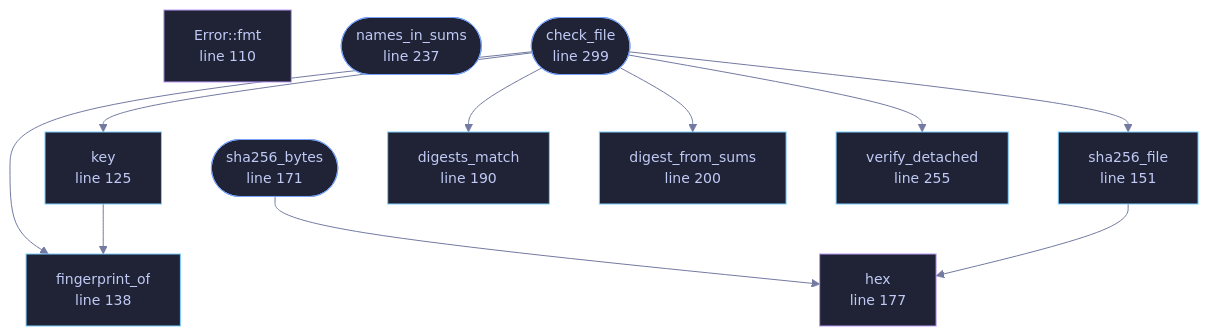
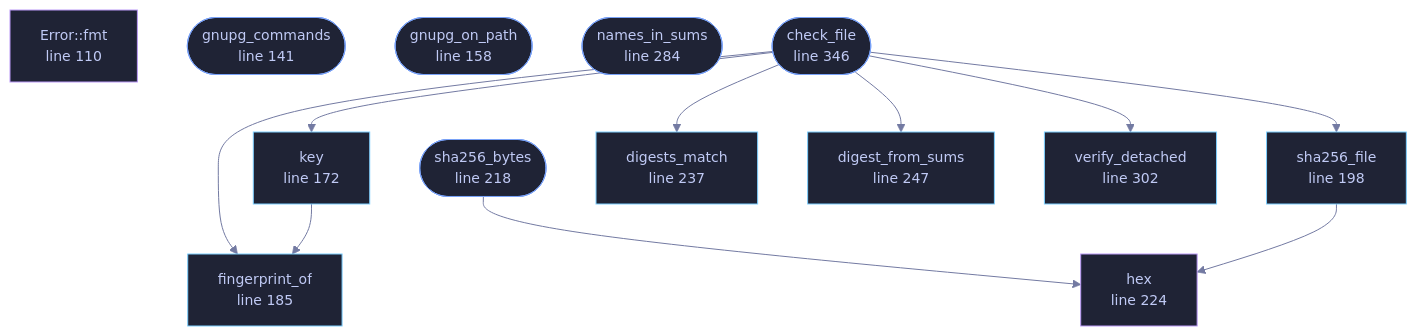
The diagram in docs/files/veilvoice-check/lib.md (tilas01/veilvoice), drawn with Mermaid before and after one commit. The commit also changed other lines of this file and 40 other files, not shown here.

First line of the commit message:
gui: roadmap item 90, the GnuPG commands where the question is being asked

````diff
--- a/docs/files/veilvoice-check/lib.md
+++ b/docs/files/veilvoice-check/lib.md
@@ -112,41 +114,45 @@
 ```mermaid
 %%{init: {"theme":"base","themeVariables":{"background":"#1a1b26","primaryColor":"#1f2335","primaryTextColor":"#c0caf5","primaryBorderColor":"#7aa2f7","secondaryColor":"#16161e","tertiaryColor":"#16161e","lineColor":"#737aa2","textColor":"#c0caf5","mainBkg":"#1f2335","nodeBorder":"#7aa2f7","clusterBkg":"#16161e","clusterBorder":"#2f3549","fontFamily":"ui-monospace, SFMono-Regular, Consolas, monospace","fontSize":"14px"}}}%%
 flowchart TD
     n_fmt["Error::fmt<br/>line 110"]
-    n_key["key<br/>line 125"]
-    n_fingerprint_of["fingerprint_of<br/>line 138"]
-    n_sha256_file["sha256_file<br/>line 151"]
-    n_sha256_bytes(["sha256_bytes<br/>line 171"])
-    n_hex["hex<br/>line 177"]
-    n_digests_match["digests_match<br/>line 190"]
-    n_digest_from_sums["digest_from_sums<br/>line 200"]
-    n_names_in_sums(["names_in_sums<br/>line 237"])
-    n_verify_detached["verify_detached<br/>line 255"]
-    n_check_file(["check_file<br/>line 299"])
+    n_gnupg_commands(["gnupg_commands<br/>line 141"])
+    n_gnupg_on_path(["gnupg_on_path<br/>line 158"])
+    n_key["key<br/>line 172"]
+    n_fingerprint_of["fingerprint_of<br/>line 185"]
+    n_sha256_file["sha256_file<br/>line 198"]
+    n_sha256_bytes(["sha256_bytes<br/>line 218"])
+    n_hex["hex<br/>line 224"]
+    n_digests_match["digests_match<br/>line 237"]
+    n_digest_from_sums["digest_from_sums<br/>line 247"]
+    n_names_in_sums(["names_in_sums<br/>line 284"])
+    n_verify_detached["verify_detached<br/>line 302"]
+    n_check_file(["check_file<br/>line 346"])
     n_check_file --> n_digest_from_sums
     n_check_file --> n_digests_match
     n_check_file --> n_fingerprint_of
     n_check_file --> n_key
     n_check_file --> n_sha256_file
     n_check_file --> n_verify_detached
     n_key --> n_fingerprint_of
     n_sha256_bytes --> n_hex
     n_sha256_file --> n_hex
     click n_fmt href "https://github.com/tilas01/veilvoice/blob/main/crates/veilvoice-check/src/lib.rs#L110" "open the source"
-    click n_key href "https://github.com/tilas01/veilvoice/blob/main/crates/veilvoice-check/src/lib.rs#L125" "open the source"
-    click n_fingerprint_of href "https://github.com/tilas01/veilvoice/blob/main/crates/veilvoice-check/src/lib.rs#L138" "open the source"
-    click n_sha256_file href "https://github.com/tilas01/veilvoice/blob/main/crates/veilvoice-check/src/lib.rs#L151" "open the source"
-    click n_sha256_bytes href "https://github.com/tilas01/veilvoice/blob/main/crates/veilvoice-check/src/lib.rs#L171" "open the source"
-    click n_hex href "https://github.com/tilas01/veilvoice/blob/main/crates/veilvoice-check/src/lib.rs#L177" "open the source"
-    click n_digests_match href "https://github.com/tilas01/veilvoice/blob/main/crates/veilvoice-check/src/lib.rs#L190" "open the source"
-    click n_digest_from_sums href "https://github.com/tilas01/veilvoice/blob/main/crates/veilvoice-check/src/lib.rs#L200" "open the source"
-    click n_names_in_sums href "https://github.com/tilas01/veilvoice/blob/main/crates/veilvoice-check/src/lib.rs#L237" "open the source"
-    click n_verify_detached href "https://github.com/tilas01/veilvoice/blob/main/crates/veilvoice-check/src/lib.rs#L255" "open the source"
-    click n_check_file href "https://github.com/tilas01/veilvoice/blob/main/crates/veilvoice-check/src/lib.rs#L299" "open the source"
+    click n_gnupg_commands href "https://github.com/tilas01/veilvoice/blob/main/crates/veilvoice-check/src/lib.rs#L141" "open the source"
+    click n_gnupg_on_path href "https://github.com/tilas01/veilvoice/blob/main/crates/veilvoice-check/src/lib.rs#L158" "open the source"
+    click n_key href "https://github.com/tilas01/veilvoice/blob/main/crates/veilvoice-check/src/lib.rs#L172" "open the source"
+    click n_fingerprint_of href "https://github.com/tilas01/veilvoice/blob/main/crates/veilvoice-check/src/lib.rs#L185" "open the source"
+    click n_sha256_file href "https://github.com/tilas01/veilvoice/blob/main/crates/veilvoice-check/src/lib.rs#L198" "open the source"
+    click n_sha256_bytes href "https://github.com/tilas01/veilvoice/blob/main/crates/veilvoice-check/src/lib.rs#L218" "open the source"
+    click n_hex href "https://github.com/tilas01/veilvoice/blob/main/crates/veilvoice-check/src/lib.rs#L224" "open the source"
+    click n_digests_match href "https://github.com/tilas01/veilvoice/blob/main/crates/veilvoice-check/src/lib.rs#L237" "open the source"
+    click n_digest_from_sums href "https://github.com/tilas01/veilvoice/blob/main/crates/veilvoice-check/src/lib.rs#L247" "open the source"
+    click n_names_in_sums href "https://github.com/tilas01/veilvoice/blob/main/crates/veilvoice-check/src/lib.rs#L284" "open the source"
+    click n_verify_detached href "https://github.com/tilas01/veilvoice/blob/main/crates/veilvoice-check/src/lib.rs#L302" "open the source"
+    click n_check_file href "https://github.com/tilas01/veilvoice/blob/main/crates/veilvoice-check/src/lib.rs#L346" "open the source"
     classDef entry fill:#1f2335,stroke:#7aa2f7,color:#c0caf5
-    class n_sha256_bytes,n_names_in_sums,n_check_file entry
+    class n_gnupg_commands,n_gnupg_on_path,n_sha256_bytes,n_names_in_sums,n_check_file entry
     classDef api fill:#1f2335,stroke:#7dcfff,color:#c0caf5
     class n_key,n_fingerprint_of,n_sha256_file,n_digests_match,n_digest_from_sums,n_verify_detached api
     classDef helper fill:#1f2335,stroke:#bb9af7,color:#c0caf5
     class n_fmt,n_hex helper
 ```
````
